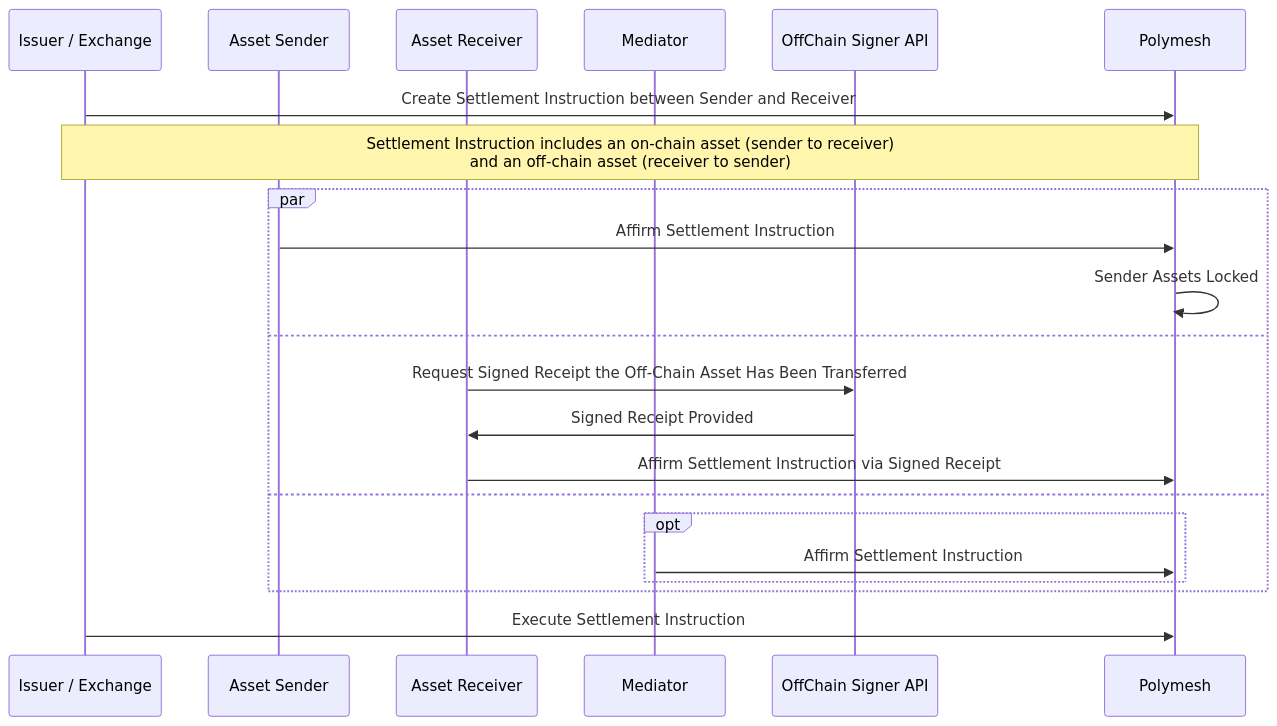
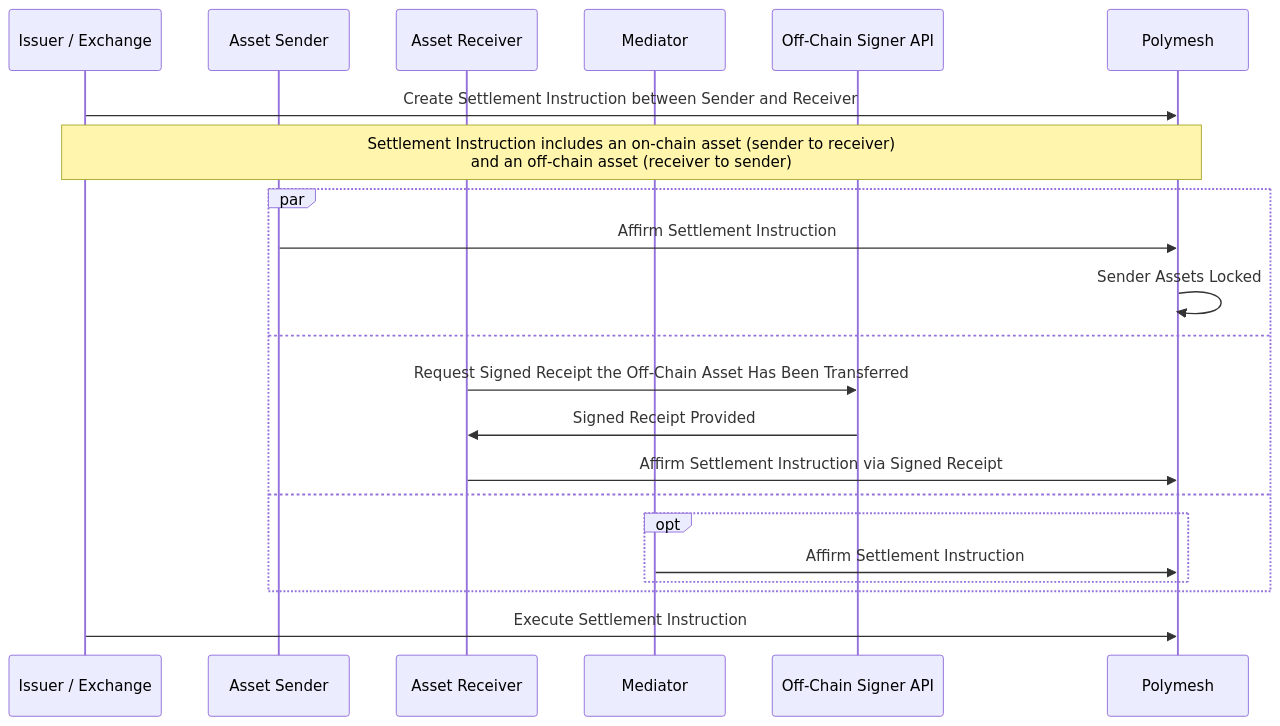
Before and after one commit to PolymeshAssociation/polymesh-documentation-site: the fifth of 5 diagrams in polymesh-docs/primitives/settlement-diagrams.mdx, drawn with Mermaid. The commit also changed other lines of this file, not shown here.

Commit message:
Update diagrams

````diff
--- a/polymesh-docs/primitives/settlement-diagrams.mdx
+++ b/polymesh-docs/primitives/settlement-diagrams.mdx
@@ -127,27 +156,27 @@
 ```mermaid
 sequenceDiagram
 participant I as Issuer / Exchange
 participant S as Asset Sender
 participant R as Asset Receiver
 participant M as Mediator
-participant O as OffChain Signer API
+participant O as Off-Chain Signer API
 participant P as Polymesh
 
 I ->> P: Create Settlement Instruction between Sender and Receiver
 note over I,P: Settlement Instruction includes an on-chain asset (sender to receiver)<br/>and an off-chain asset (receiver to sender)
 
 par
   S ->> P: Affirm Settlement Instruction
   P ->> P: Sender Assets Locked
 and
   R ->> O: Request Signed Receipt the Off-Chain Asset Has Been Transferred
   O ->> R: Signed Receipt Provided
   R ->> P: Affirm Settlement Instruction via Signed Receipt
 and
   opt
     M ->> P: Affirm Settlement Instruction
   end
 end
 
 I ->> P: Execute Settlement Instruction
 ```
````
